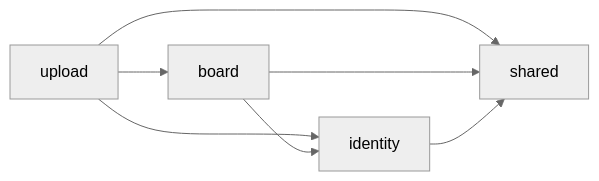
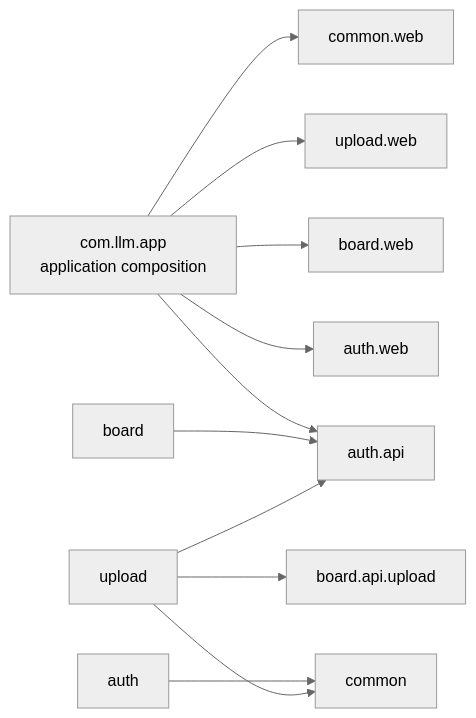
One commit to yangyag/llm changed the diagram in plan/spring-modulith-migration-plan.md. Above: the diagram before and after it, drawn with Mermaid (neutral theme). The commit also changed other lines of this file and 123 other files, not shown here.

````diff
--- a/plan/spring-modulith-migration-plan.md
+++ b/plan/spring-modulith-migration-plan.md
@@ -91,9 +100,14 @@
 ```mermaid
 flowchart LR
-    upload[upload] --> board[board]
-    upload --> identity[identity]
-    board --> identity
-    upload --> shared[shared]
-    board --> shared
-    identity --> shared
+    root[com.llm.app\napplication composition]
+    root --> auth_api[auth.api]
+    root --> auth_web[auth.web]
+    root --> board_web[board.web]
+    root --> upload_web[upload.web]
+    root --> common_web[common.web]
+    auth[auth] --> common[common]
+    board[board] --> auth_api
+    upload[upload] --> auth_api
+    upload --> board_upload[board.api.upload]
+    upload --> common
 ```
````
